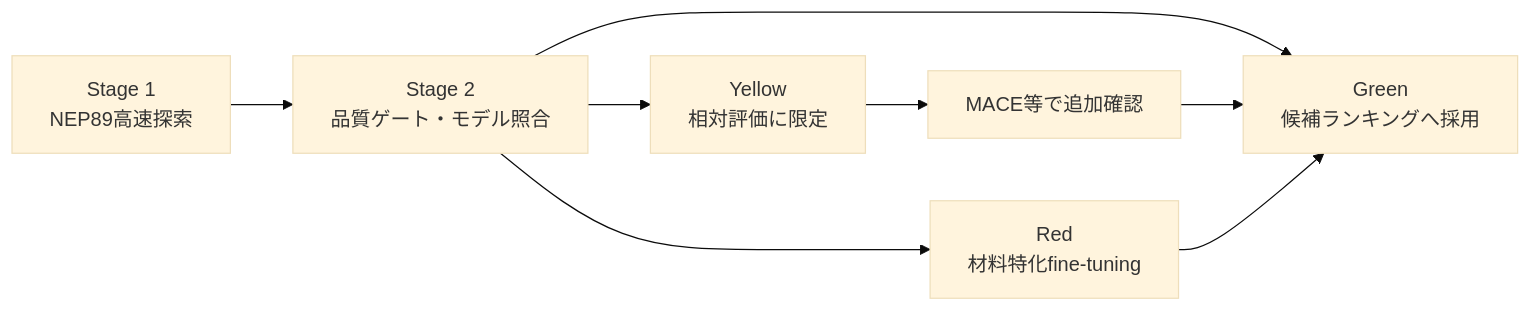
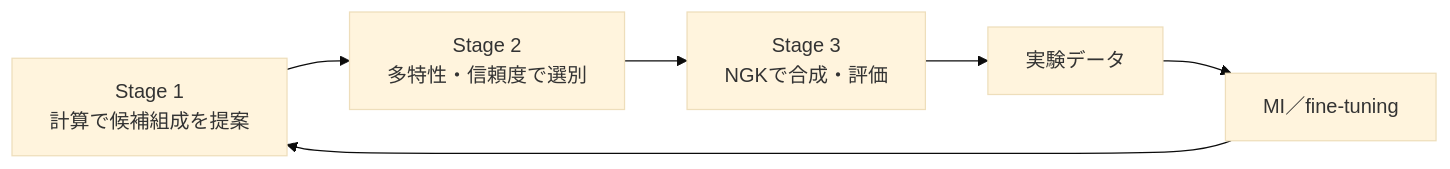
Before and after one commit to Long-Brian-Yang/li-research: the fifth of 6 diagrams in docs/presentations/pretrained_potential_screening_proposal_7min_ja.md, drawn with Mermaid (base theme). The commit also changed other lines of this file, not shown here.

````diff
--- a/docs/presentations/pretrained_potential_screening_proposal_7min_ja.md
+++ b/docs/presentations/pretrained_potential_screening_proposal_7min_ja.md
@@ -273,10 +309,8 @@
 ```mermaid
 flowchart LR
-    A[Stage 1<br/>NEP89高速探索] --> B[Stage 2<br/>品質ゲート・モデル照合]
-    B --> C[Green<br/>候補ランキングへ採用]
-    B --> D[Yellow<br/>相対評価に限定]
-    B --> E[Red<br/>材料特化fine-tuning]
-    D --> F[MACE等で追加確認]
-    F --> C
-    E --> C
+    A[Stage 1<br/>計算で候補組成を提案] --> B[Stage 2<br/>多特性・信頼度で選別]
+    B --> C[Stage 3<br/>NGKで合成・評価]
+    C --> D[実験データ]
+    D --> E[MI／fine-tuning]
+    E --> A
 ```
````
